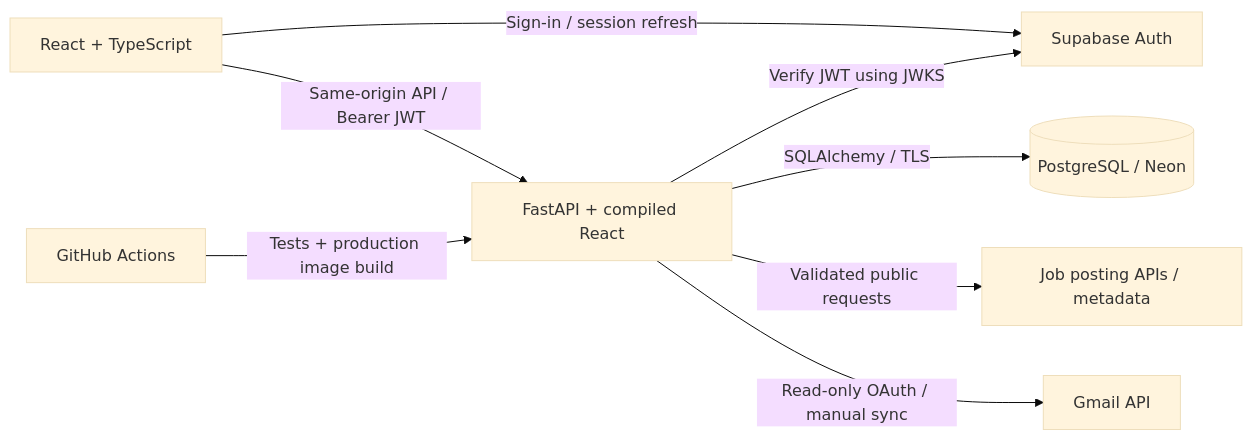
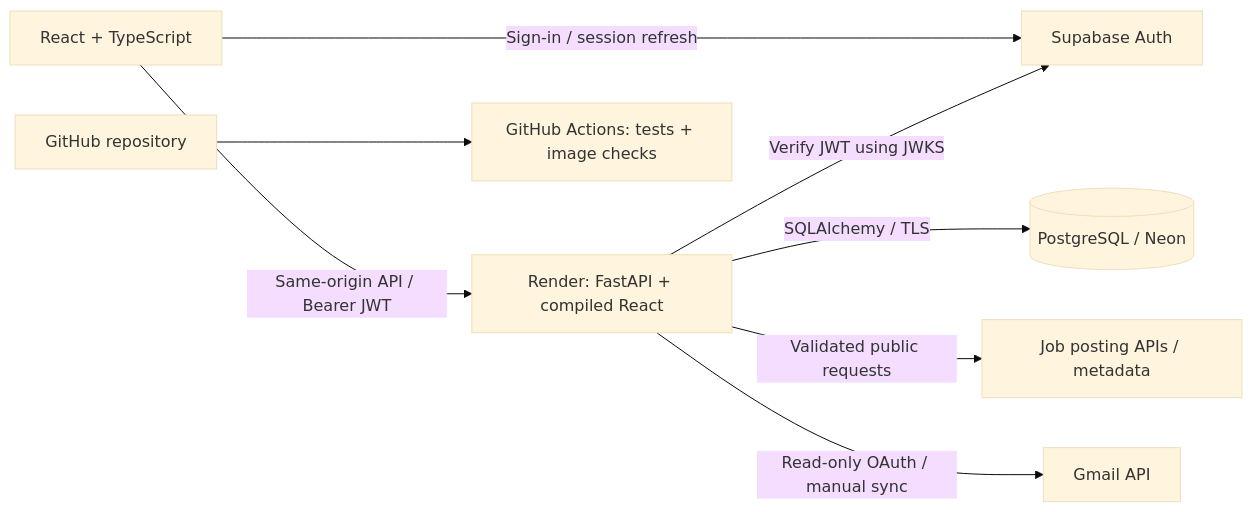
The diagram in README.md (vaap1375/applytrack), drawn with Mermaid (base theme) before and after one commit. The commit also changed other lines of this file and 6 other files, not shown here.

````diff
--- a/README.md
+++ b/README.md
@@ -19,10 +21,10 @@
 ```mermaid
 flowchart LR
-    Browser[React + TypeScript] -->|Same-origin API / Bearer JWT| App[FastAPI + compiled React]
+    Browser[React + TypeScript] -->|Same-origin API / Bearer JWT| App[Render: FastAPI + compiled React]
     Browser -->|Sign-in / session refresh| Auth[Supabase Auth]
     App -->|Verify JWT using JWKS| Auth
     App -->|SQLAlchemy / TLS| DB[(PostgreSQL / Neon)]
     App -->|Validated public requests| Jobs[Job posting APIs / metadata]
     App -->|Read-only OAuth / manual sync| Gmail[Gmail API]
-    GitHub[GitHub Actions] -->|Tests + production image build| App
+    Source[GitHub repository] --> CI[GitHub Actions: tests + image checks]
 ```
````
